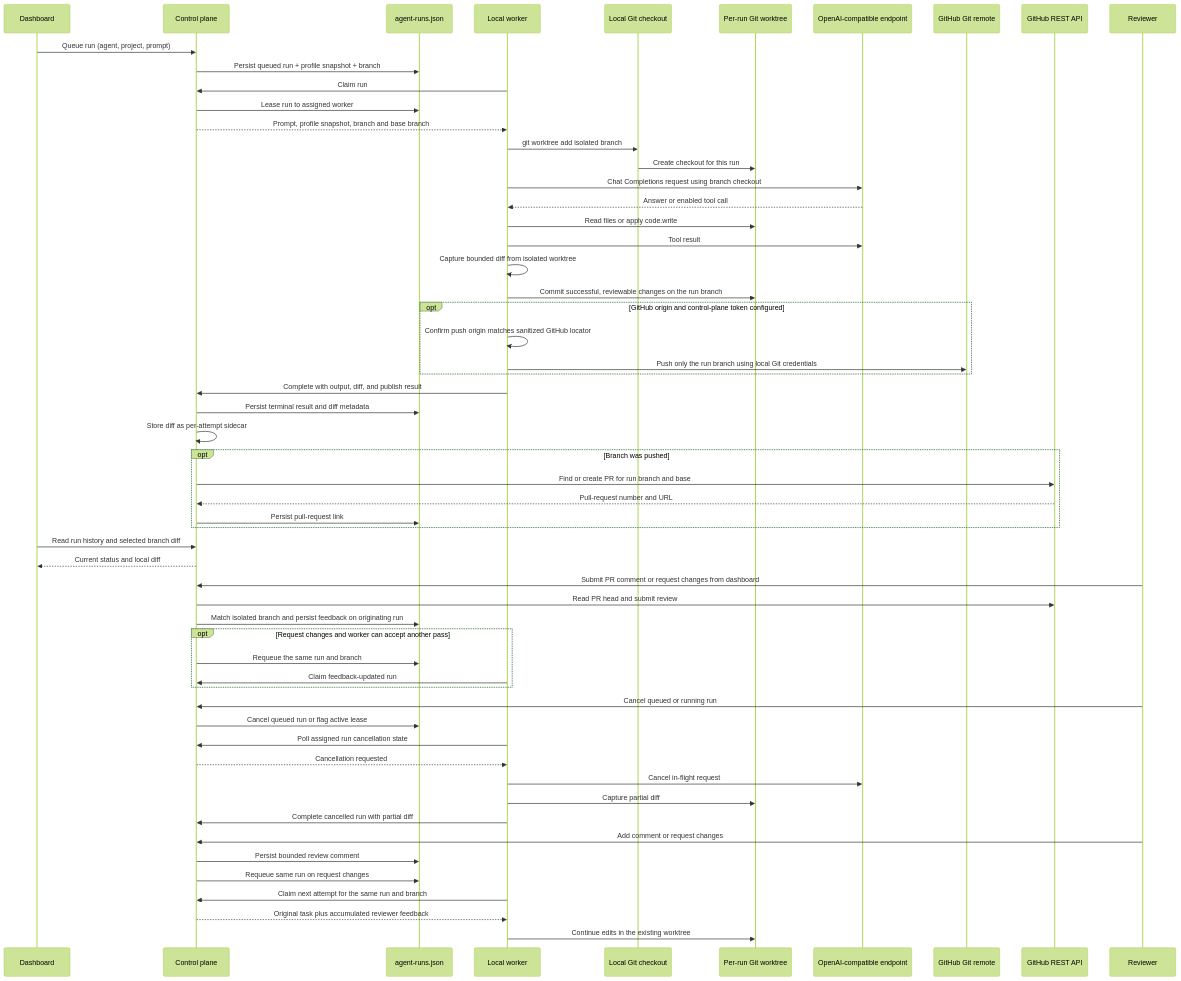
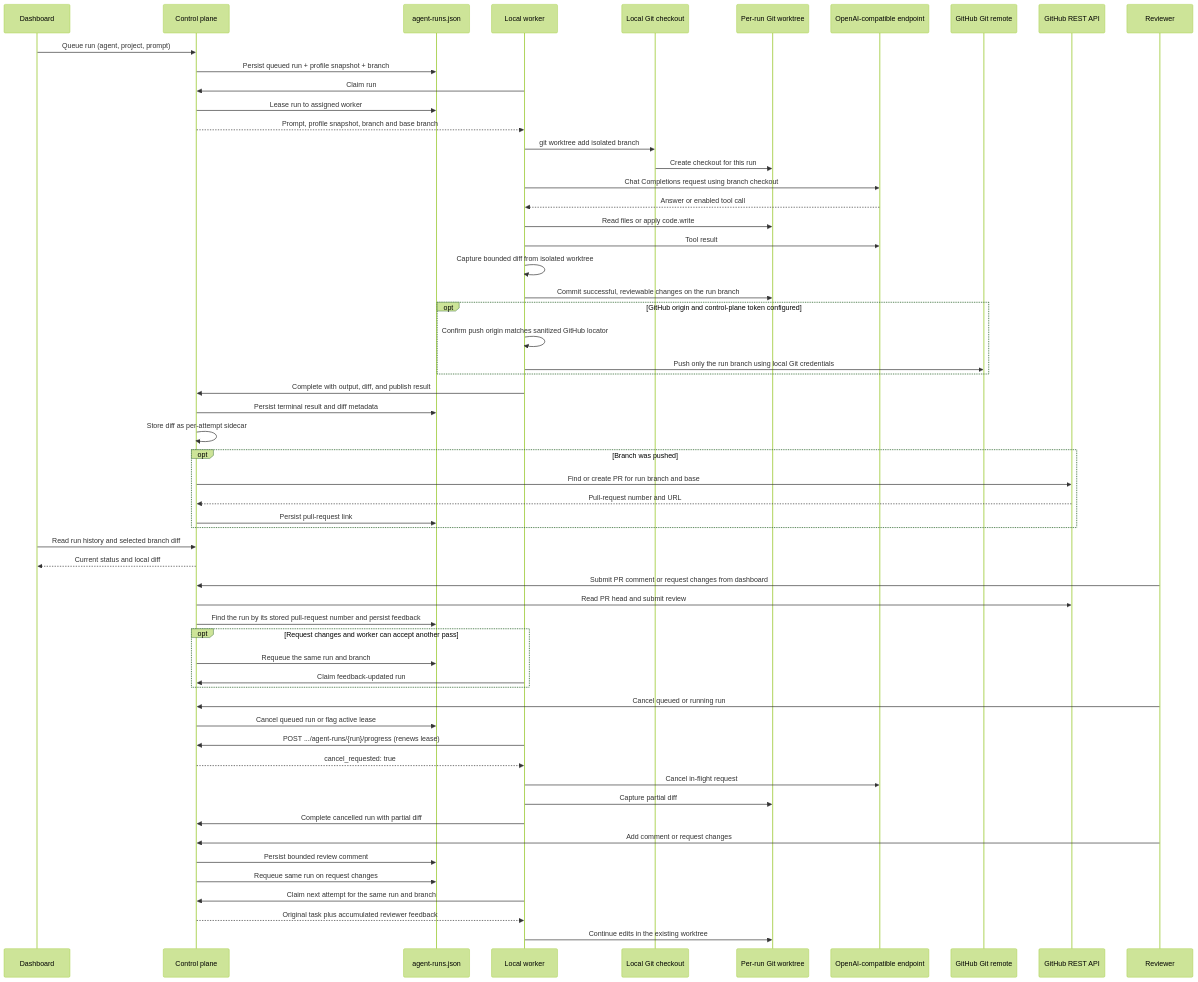
Before and after one commit to bogdaniel/zenchron-engineering-os: the diagram in docs/features/agent-run-queue.md, drawn with Mermaid (forest theme). The commit also changed other lines of this file and 8 other files, not shown here.

First line of the commit message:
docs: record backend decisions, issue-to-PR flow, and worker enrollment

````diff
--- a/docs/features/agent-run-queue.md
+++ b/docs/features/agent-run-queue.md
@@ -10,60 +13,60 @@
 ```mermaid
 sequenceDiagram
   participant UI as Dashboard
   participant API as Control plane
   participant Store as agent-runs.json
   participant Worker as Local worker
   participant Repo as Local Git checkout
   participant Branch as Per-run Git worktree
   participant LLM as OpenAI-compatible endpoint
   participant Remote as GitHub Git remote
   participant GH as GitHub REST API
   participant Reviewer
   UI->>API: Queue run (agent, project, prompt)
   API->>Store: Persist queued run + profile snapshot + branch
   Worker->>API: Claim run
   API->>Store: Lease run to assigned worker
   API-->>Worker: Prompt, profile snapshot, branch and base branch
   Worker->>Repo: git worktree add isolated branch
   Repo->>Branch: Create checkout for this run
   Worker->>LLM: Chat Completions request using branch checkout
   LLM-->>Worker: Answer or enabled tool call
   Worker->>Branch: Read files or apply code.write
   Worker->>LLM: Tool result
   Worker->>Worker: Capture bounded diff from isolated worktree
   Worker->>Branch: Commit successful, reviewable changes on the run branch
   opt GitHub origin and control-plane token configured
     Worker->>Worker: Confirm push origin matches sanitized GitHub locator
     Worker->>Remote: Push only the run branch using local Git credentials
   end
   Worker->>API: Complete with output, diff, and publish result
   API->>Store: Persist terminal result and diff metadata
   API->>API: Store diff as per-attempt sidecar
   opt Branch was pushed
     API->>GH: Find or create PR for run branch and base
     GH-->>API: Pull-request number and URL
     API->>Store: Persist pull-request link
   end
   UI->>API: Read run history and selected branch diff
   API-->>UI: Current status and local diff
   Reviewer->>API: Submit PR comment or request changes from dashboard
   API->>GH: Read PR head and submit review
-  API->>Store: Match isolated branch and persist feedback on originating run
+  API->>Store: Find the run by its stored pull-request number and persist feedback
   opt Request changes and worker can accept another pass
     API->>Store: Requeue the same run and branch
     Worker->>API: Claim feedback-updated run
   end
   Reviewer->>API: Cancel queued or running run
   API->>Store: Cancel queued run or flag active lease
-  Worker->>API: Poll assigned run cancellation state
-  API-->>Worker: Cancellation requested
+  Worker->>API: POST .../agent-runs/{run}/progress (renews lease)
+  API-->>Worker: cancel_requested: true
   Worker->>LLM: Cancel in-flight request
   Worker->>Branch: Capture partial diff
   Worker->>API: Complete cancelled run with partial diff
   Reviewer->>API: Add comment or request changes
   API->>Store: Persist bounded review comment
   API->>Store: Requeue same run on request changes
   Worker->>API: Claim next attempt for the same run and branch
   API-->>Worker: Original task plus accumulated reviewer feedback
   Worker->>Branch: Continue edits in the existing worktree
 ```
````
